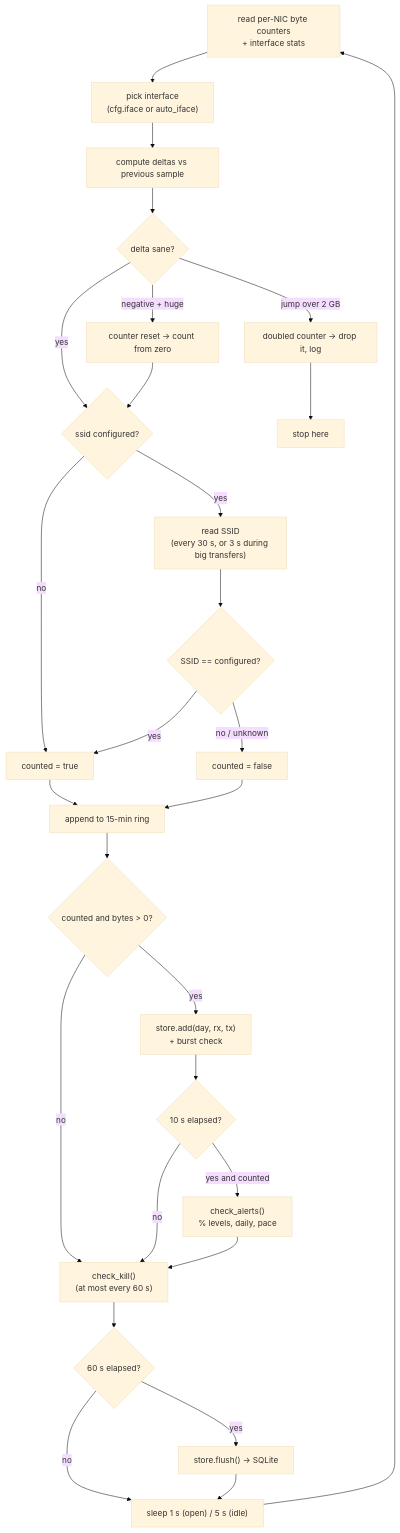
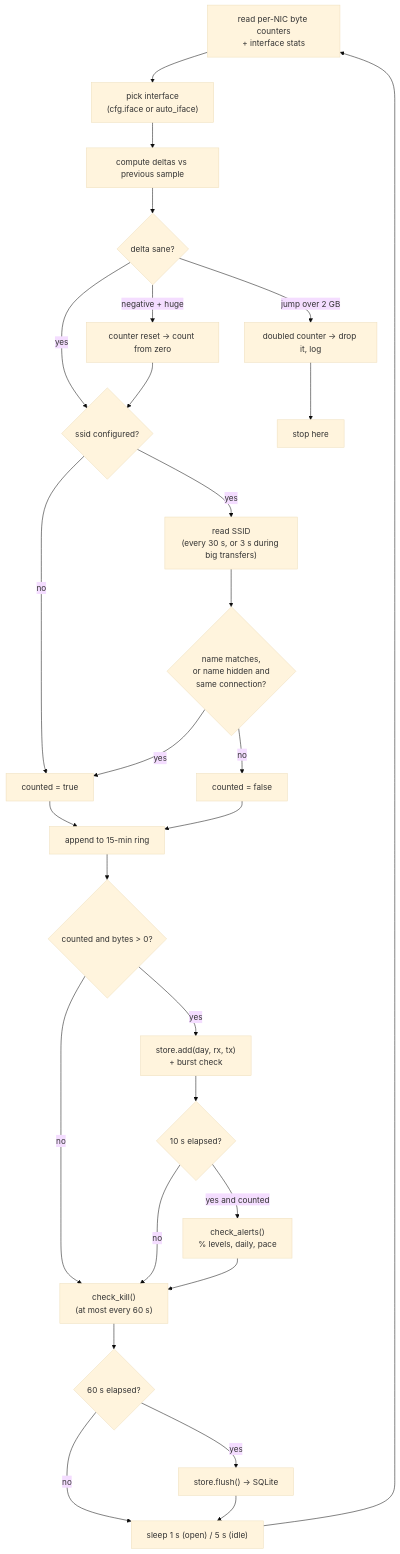
The third of 7 diagrams in README.md (yassine808/network-tracker), drawn with Mermaid (base theme) before and after one commit. The commit also changed other lines of this file and 3 other files, not shown here.

````diff
--- a/README.md
+++ b/README.md
@@ -321,30 +325,30 @@
 ```mermaid
 flowchart TD
     S["read per-NIC byte counters<br/>+ interface stats"] --> I1["pick interface<br/>(cfg.iface or auto_iface)"]
     I1 --> D["compute deltas vs previous sample"]
     D --> Q{"delta sane?"}
     Q -->|"negative + huge"| Q1["counter reset → count from zero"]
     Q -->|"jump over 2 GB"| Q2["doubled counter → drop it, log"]
     Q -->|yes| G{"ssid configured?"}
     Q1 --> G
     Q2 --> STOP["stop here"]
     G -->|no| CNT["counted = true"]
     G -->|yes| R["read SSID<br/>(every 30 s, or 3 s during big transfers)"]
-    R --> M{"SSID == configured?"}
+    R --> M{"name matches,<br/>or name hidden and<br/>same connection?"}
     M -->|yes| CNT
-    M -->|no / unknown| NC["counted = false"]
+    M -->|no| NC["counted = false"]
     CNT --> P1["append to 15-min ring"]
     NC --> P1
     P1 --> Z{"counted and bytes > 0?"}
     Z -->|yes| ADD["store.add(day, rx, tx)<br/>+ burst check"]
     Z -->|no| A2
     ADD --> A1{"10 s elapsed?"}
     A1 -->|yes and counted| AL["check_alerts()<br/>% levels, daily, pace"]
     A1 -->|no| A2["check_kill()<br/>(at most every 60 s)"]
     AL --> A2
     A2 --> F{"60 s elapsed?"}
     F -->|yes| FL["store.flush() → SQLite"]
     F -->|no| LOOP["sleep 1 s (open) / 5 s (idle)"]
     FL --> LOOP
     LOOP --> S
 ```
````
